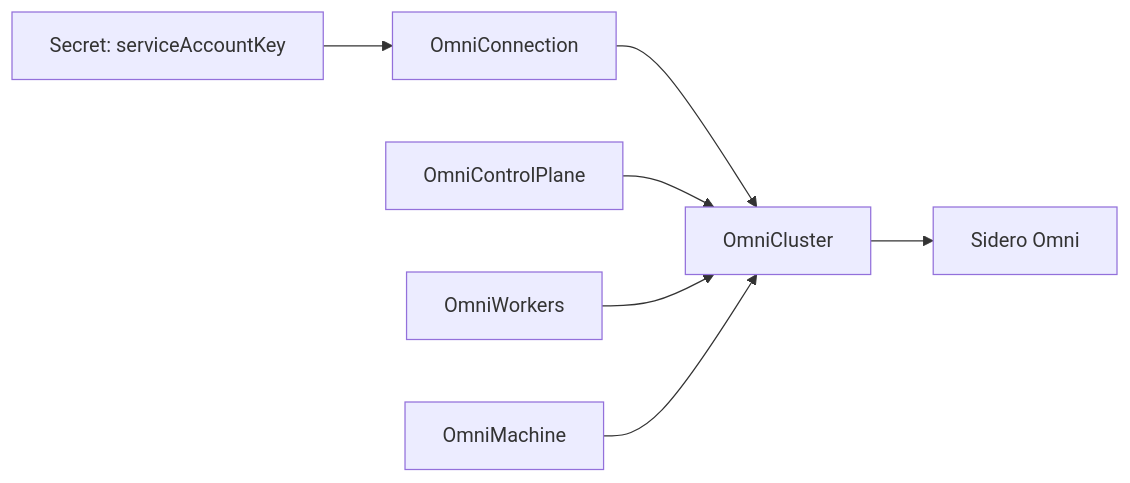
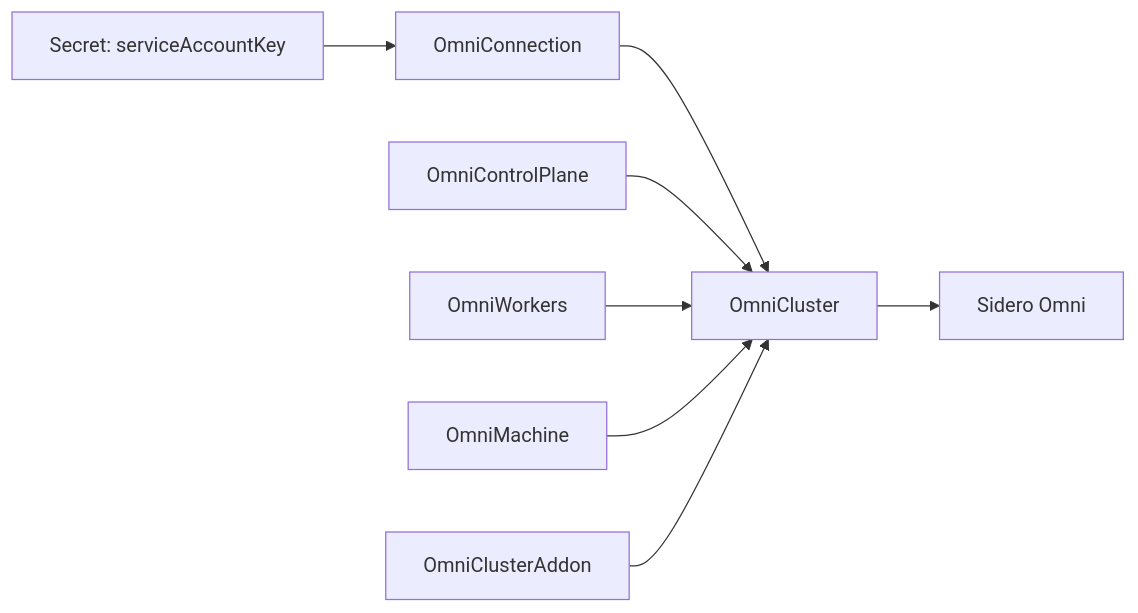
The diagram in docs/index.md (texas-hpc/omni-cluster-operator), drawn with Mermaid before and after one commit. The commit also changed other lines of this file and 52 other files, not shown here.

Commit message:
Add generic OmniCluster addon support

````diff
--- a/docs/index.md
+++ b/docs/index.md
@@ -39,9 +40,10 @@
 ```mermaid
 flowchart LR
   Secret["Secret: serviceAccountKey"] --> Connection["OmniConnection"]
   Connection --> Cluster["OmniCluster"]
   ControlPlane["OmniControlPlane"] --> Cluster
   Workers["OmniWorkers"] --> Cluster
   Machine["OmniMachine"] --> Cluster
+  Addon["OmniClusterAddon"] --> Cluster
   Cluster --> Omni["Sidero Omni"]
 ```
````
